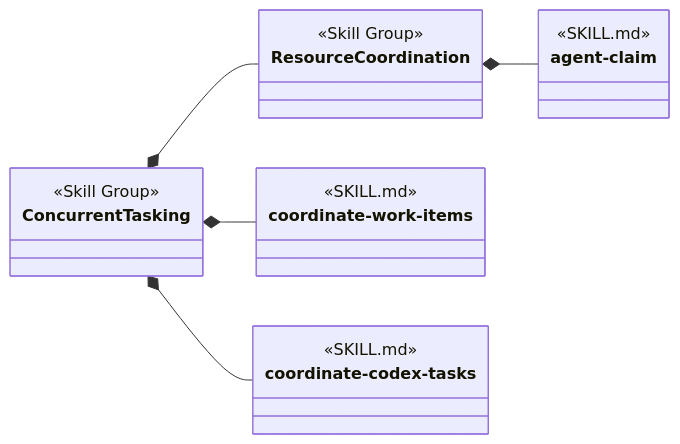
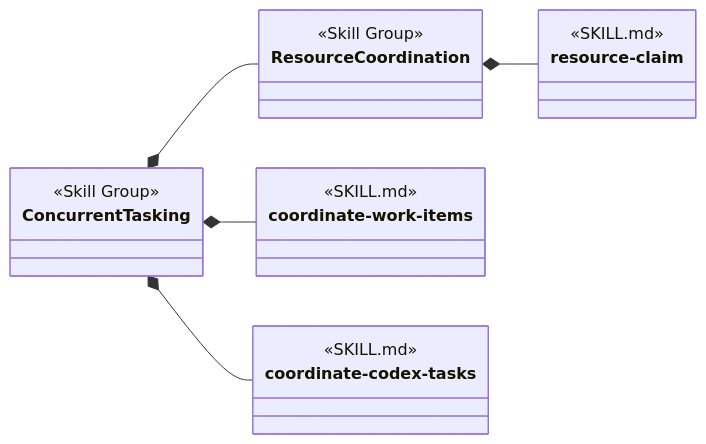
The tenth of 16 diagrams in design/object-oriented-agent-and-skill-model.md (martinbechard/dev-methodology), drawn with Mermaid before and after one commit. The commit also changed other lines of this file and 136 other files, not shown here.

Commit message:
Rename agent claim family to resource claim

````diff
--- a/design/object-oriented-agent-and-skill-model.md
+++ b/design/object-oriented-agent-and-skill-model.md
@@ -475,29 +475,29 @@
 ```mermaid
 classDiagram
     direction LR
 
     class ConcurrentTasking {
         <<Skill Group>>
     }
 
     class ResourceCoordination {
         <<Skill Group>>
     }
 
     class coordinate-work-items {
         <<SKILL.md>>
     }
 
     class coordinate-codex-tasks {
         <<SKILL.md>>
     }
 
-    class agent-claim {
+    class resource-claim {
         <<SKILL.md>>
     }
 
     ConcurrentTasking *-- coordinate-work-items
     ConcurrentTasking *-- coordinate-codex-tasks
     ConcurrentTasking *-- ResourceCoordination
-    ResourceCoordination *-- agent-claim
+    ResourceCoordination *-- resource-claim
 ```
````
